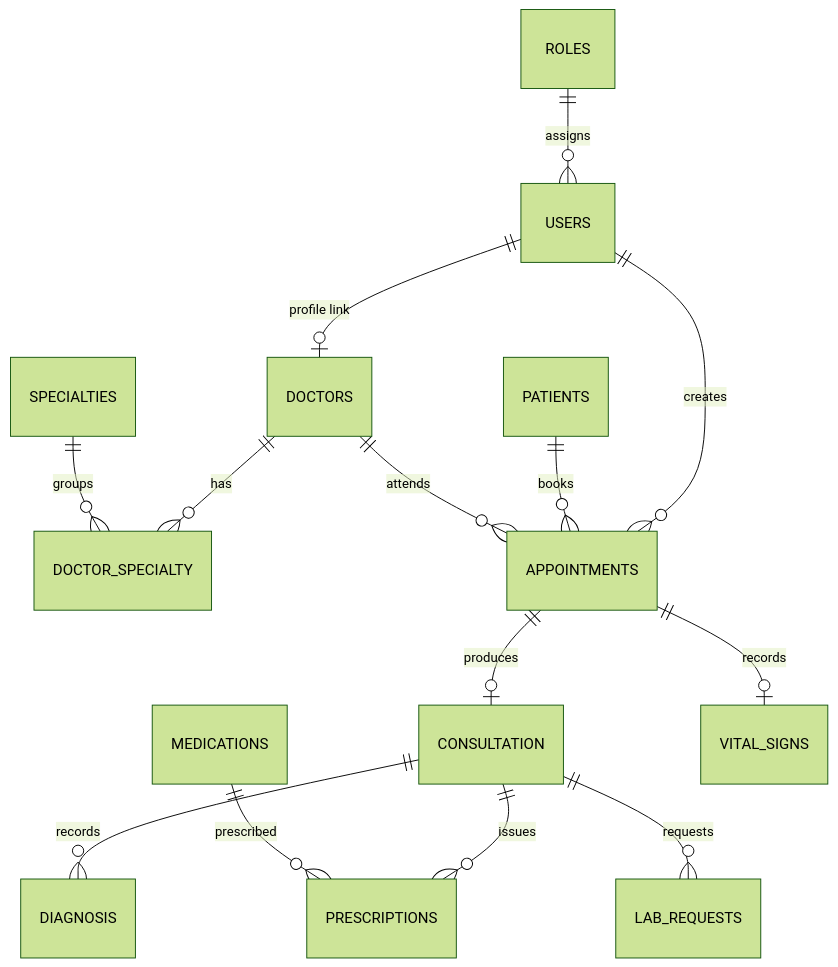
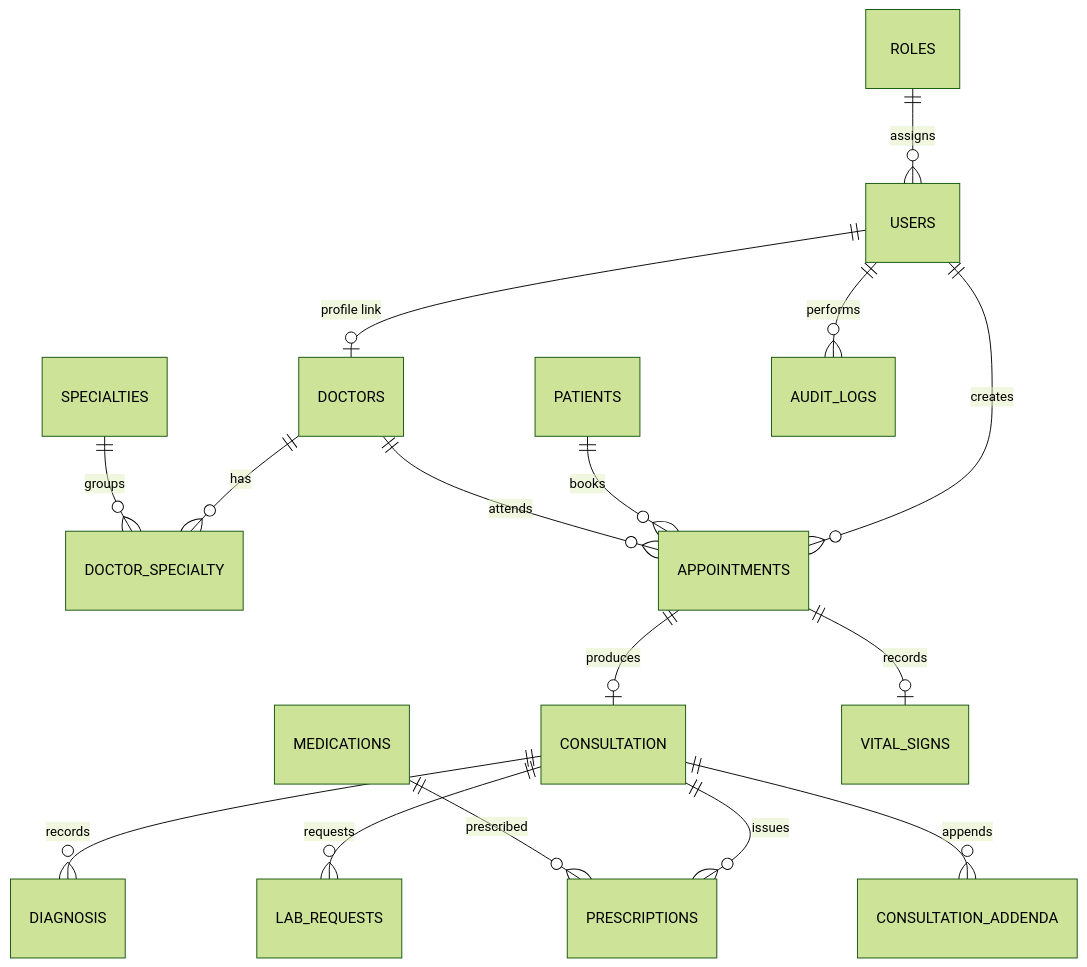
Before and after one commit to Zula-stdnt/Clinic-Appointment-and-Patient-Records-System: the diagram in docs/obsidian-vault/Database Schema.md, drawn with Mermaid (forest theme). The commit also changed other lines of this file and 81 other files, not shown here.

````diff
--- a/docs/obsidian-vault/Database Schema.md
+++ b/docs/obsidian-vault/Database Schema.md
@@ -18,16 +18,18 @@
 ```mermaid
 erDiagram
     ROLES ||--o{ USERS : assigns
     USERS ||--o| DOCTORS : "profile link"
     DOCTORS ||--o{ DOCTOR_SPECIALTY : has
     SPECIALTIES ||--o{ DOCTOR_SPECIALTY : groups
     USERS ||--o{ APPOINTMENTS : creates
     PATIENTS ||--o{ APPOINTMENTS : books
     DOCTORS ||--o{ APPOINTMENTS : attends
     APPOINTMENTS ||--o| CONSULTATION : produces
     CONSULTATION ||--o{ DIAGNOSIS : records
     CONSULTATION ||--o{ PRESCRIPTIONS : issues
     CONSULTATION ||--o{ LAB_REQUESTS : requests
+    CONSULTATION ||--o{ CONSULTATION_ADDENDA : appends
     MEDICATIONS ||--o{ PRESCRIPTIONS : prescribed
     APPOINTMENTS ||--o| VITAL_SIGNS : records
+    USERS ||--o{ AUDIT_LOGS : performs
 ```
````
